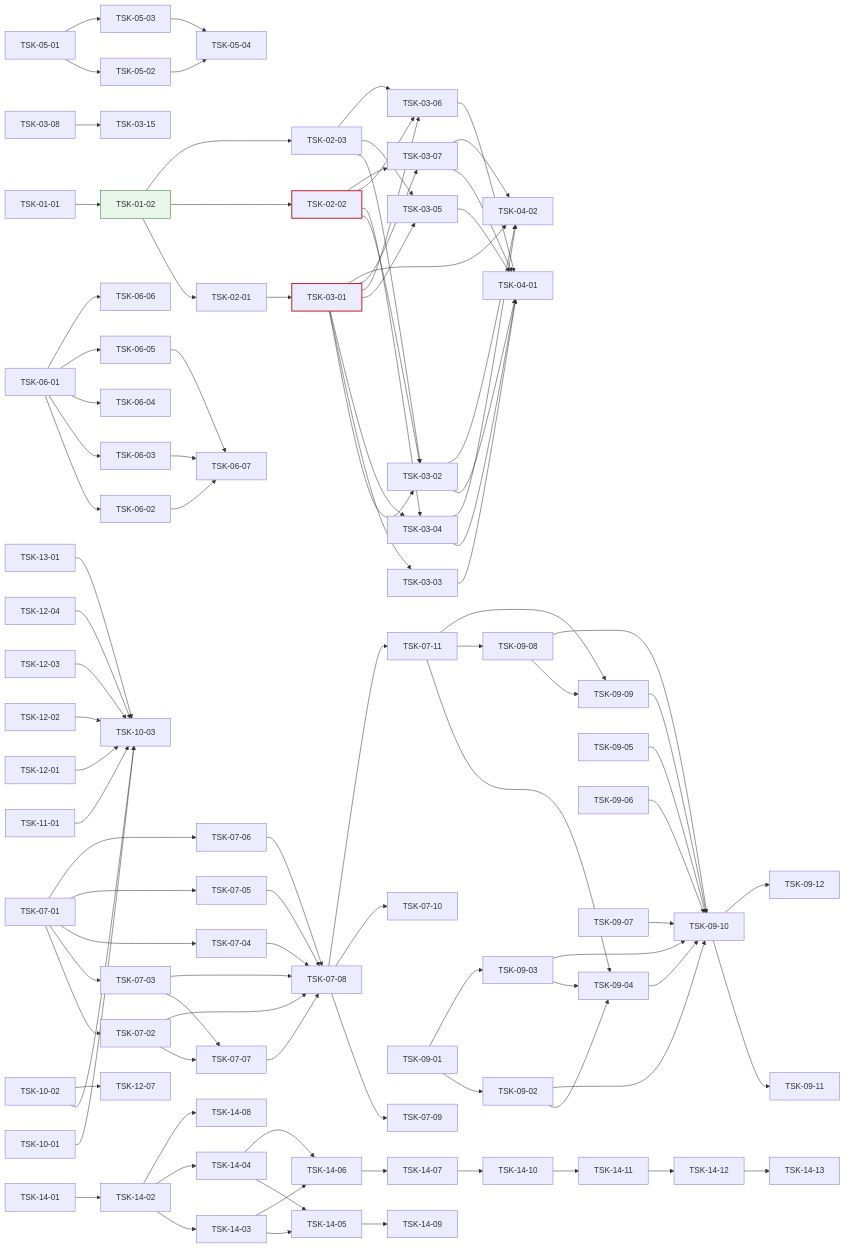
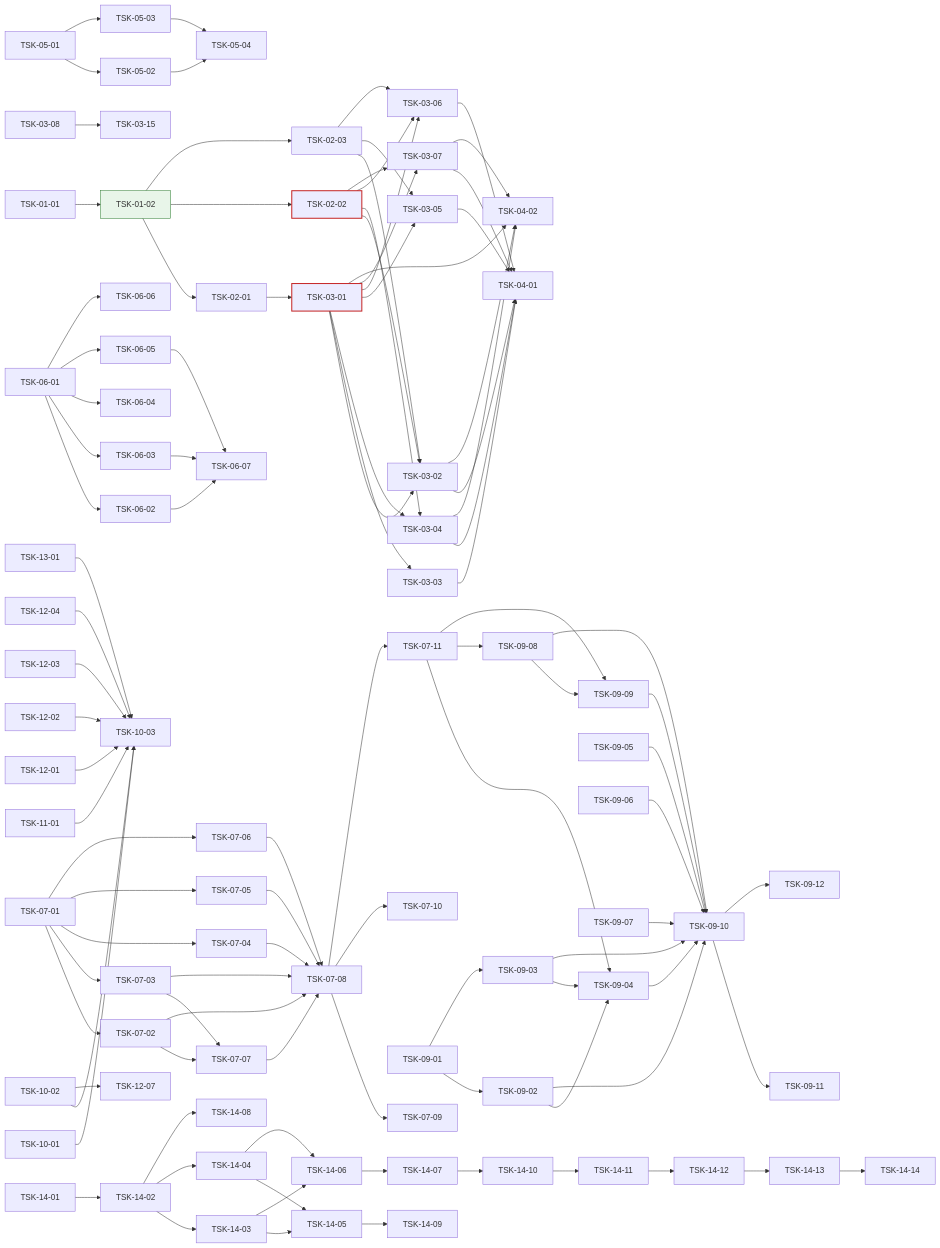
One commit to jongik-sv/oranda changed the diagram in docs/oranda1/wbs.md. Above: the diagram before and after it, drawn with Mermaid. The commit also changed other lines of this file and 7 other files, not shown here.

```diff
--- a/docs/oranda1/wbs.md
+++ b/docs/oranda1/wbs.md
@@ -1197,6 +1209,7 @@
   TSK-14-11 --> TSK-14-12
   TSK-14-12 --> TSK-14-13
   TSK-14-05 --> TSK-14-09
+  TSK-14-13 --> TSK-14-14
   style TSK-01-02 fill:#e8f5e9,stroke:#2e7d32
   style TSK-03-01 stroke:#c62828,stroke-width:2px
   style TSK-02-02 stroke:#c62828,stroke-width:2px
```
